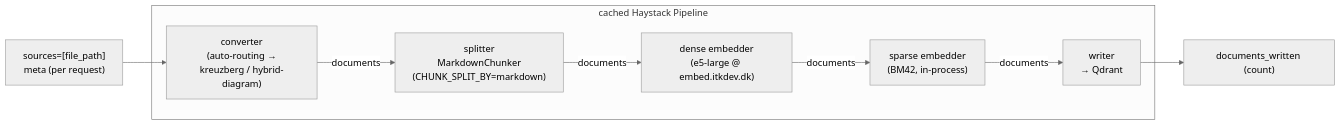
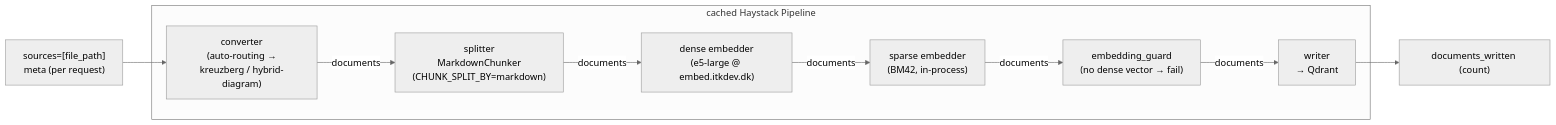
One commit to AarhusAI/ingestion-service changed the fourth of 5 diagrams in docs/data-flow.md. Above: the diagram before and after it, drawn with Mermaid (neutral theme). The commit also changed other lines of this file and 12 other files, not shown here.

````diff
--- a/docs/data-flow.md
+++ b/docs/data-flow.md
@@ -192,18 +192,20 @@
 ```mermaid
 flowchart LR
     IN["sources=[file_path]<br/>meta (per request)"] --> CONV
 
     subgraph PIPE["cached Haystack Pipeline"]
         CONV["converter<br/>(auto-routing →<br/>kreuzberg / hybrid-diagram)"]
         SPLIT["splitter<br/>MarkdownChunker<br/>(CHUNK_SPLIT_BY=markdown)"]
         DENSE["dense embedder<br/>(e5-large @ embed.itkdev.dk)"]
         SPARSE["sparse embedder<br/>(BM42, in-process)"]
+        GUARD["embedding_guard<br/>(no dense vector → fail)"]
         WRITE["writer<br/>→ Qdrant"]
     end
 
     CONV -->|documents| SPLIT
     SPLIT -->|documents| DENSE
     DENSE -->|documents| SPARSE
-    SPARSE -->|documents| WRITE
+    SPARSE -->|documents| GUARD
+    GUARD -->|documents| WRITE
     WRITE --> OUT["documents_written (count)"]
 ```
````
